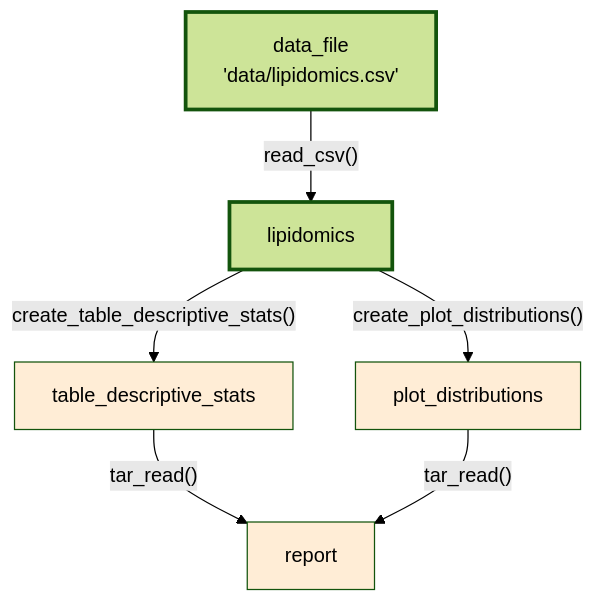
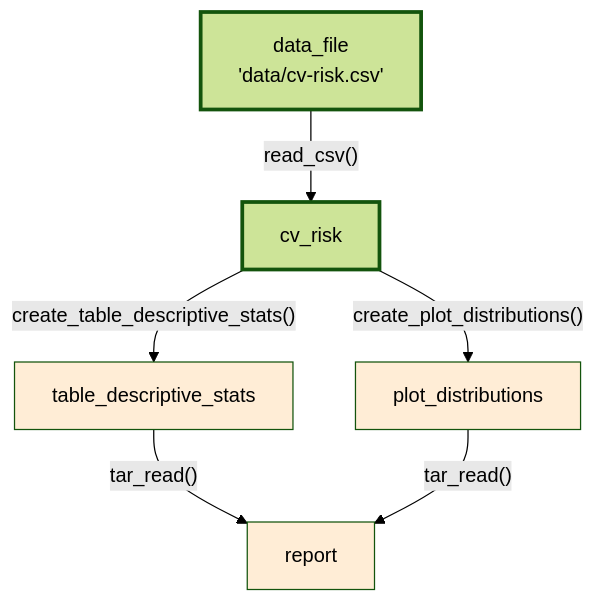
One commit to rostools/r-cubed-advanced changed the first of 3 diagrams in sessions/pipelines-outputs.qmd. Above: the diagram before and after it, drawn with Mermaid (forest theme). The commit also changed other lines of this file and 8 other files, not shown here.

````diff
--- a/sessions/pipelines-outputs.qmd
+++ b/sessions/pipelines-outputs.qmd
@@ -59,16 +51,15 @@
 ```{mermaid}
 %%| label: fig-first-two-done-pipeline
 %%| fig-cap: Targets in our pipeline that we've done in the last session and
 %%|   those we will do in this session.
-%%| echo: false
 
 graph TB
-    data_file["data_file<br>'data/lipidomics.csv'"]:::done -->|"read_csv()"| lipidomics:::done
-    lipidomics -->|"create_table_descriptive_stats()"| table_descriptive_stats:::wip
-    lipidomics -->|"create_plot_distributions()"| plot_distributions:::wip
+    data_file["data_file<br>'data/cv-risk.csv'"]:::done -->|"read_csv()"| cv_risk:::done
+    cv_risk -->|"create_table_descriptive_stats()"| table_descriptive_stats:::wip
+    cv_risk -->|"create_plot_distributions()"| plot_distributions:::wip
     table_descriptive_stats -->|"tar_read()"| report:::wip
     plot_distributions -->|"tar_read()"| report
 
     classDef done stroke-width:3px
     classDef wip fill:#ffedd6
 ```
````
